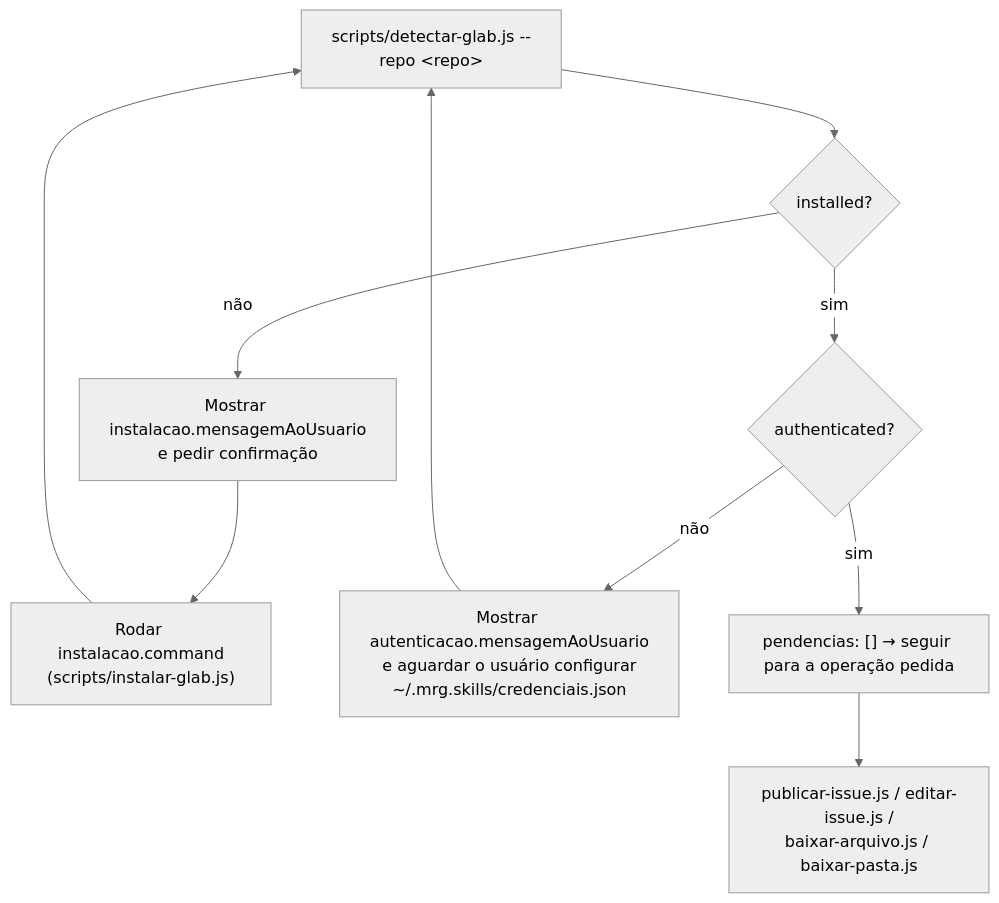
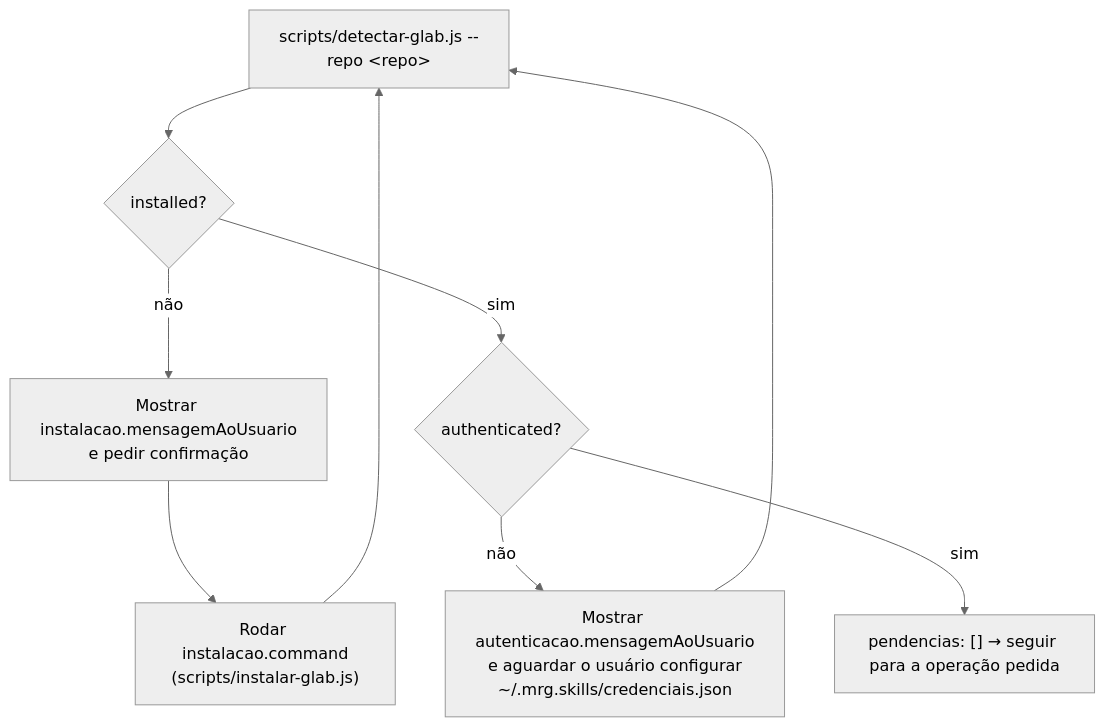
Before and after one commit to mrgenesis/skills: the diagram in skills/gitlab-toolkit/SKILL.md, drawn with Mermaid (neutral theme). The commit also changed other lines of this file and 11 other files, not shown here.

````diff
--- a/skills/gitlab-toolkit/SKILL.md
+++ b/skills/gitlab-toolkit/SKILL.md
@@ -23,12 +25,11 @@
 ```mermaid
 flowchart TD
     A["scripts/detectar-glab.js --repo &lt;repo&gt;"] --> B{"installed?"}
     B -- não --> C["Mostrar instalacao.mensagemAoUsuario<br/>e pedir confirmação"]
     C --> D["Rodar instalacao.command<br/>(scripts/instalar-glab.js)"]
     D --> A
     B -- sim --> E{"authenticated?"}
     E -- não --> F["Mostrar autenticacao.mensagemAoUsuario<br/>e aguardar o usuário configurar<br/>~/.mrg.skills/credenciais.json"]
     F --> A
     E -- sim --> G["pendencias: [] → seguir para a operação pedida"]
-    G --> H["publicar-issue.js / editar-issue.js /<br/>baixar-arquivo.js / baixar-pasta.js"]
 ```
````
